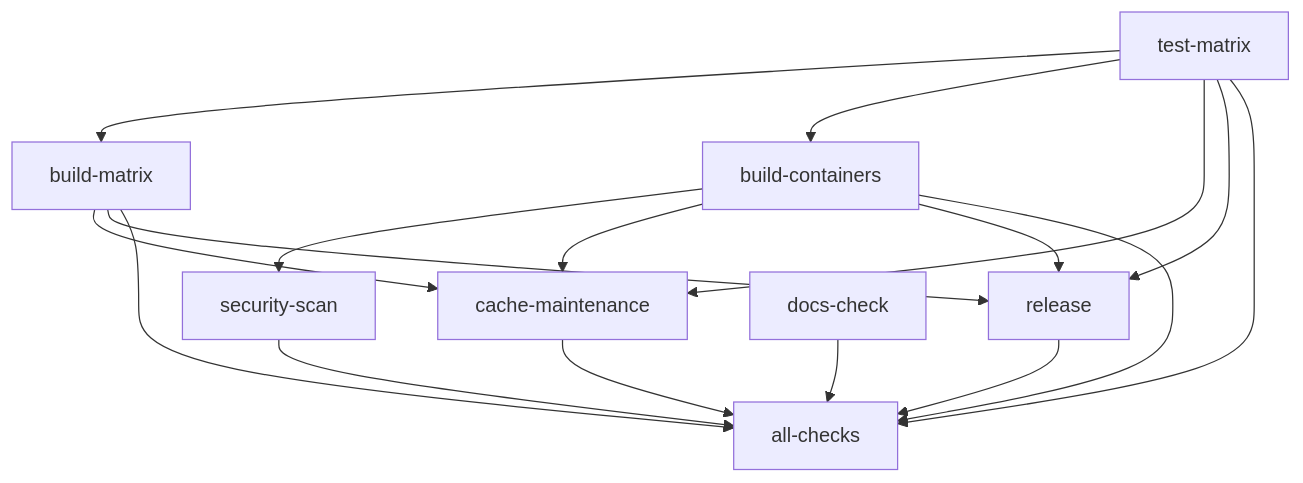
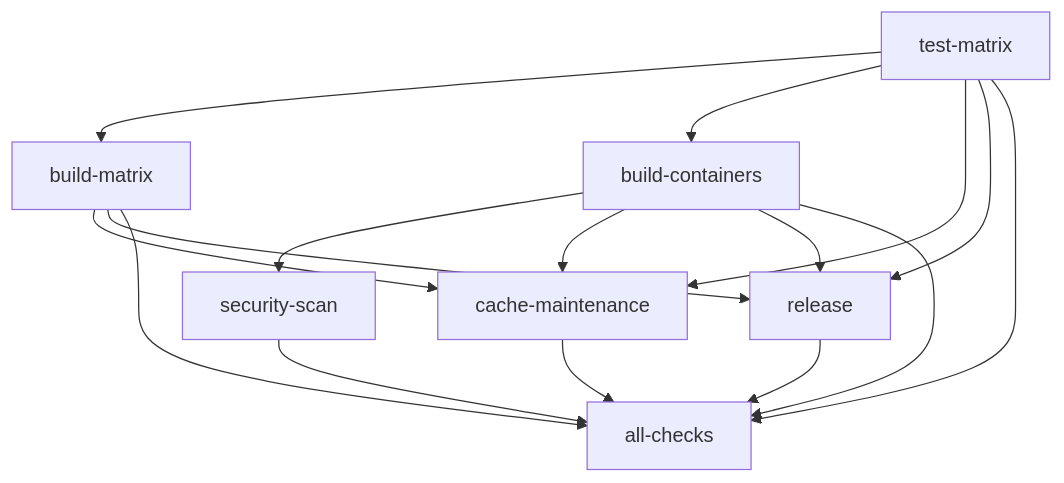
One commit to DominicBurkart/nanna-coder changed the diagram in docs/ci/architecture.md. Above: the diagram before and after it, drawn with Mermaid. The commit also changed other lines of this file and 1 other file, not shown here.

````diff
--- a/docs/ci/architecture.md
+++ b/docs/ci/architecture.md
@@ -37,19 +37,18 @@
 ```mermaid
 graph TD
     test-matrix --> build-matrix
     test-matrix --> build-containers
     build-containers --> security-scan
     test-matrix --> cache-maintenance
     build-matrix --> cache-maintenance
     build-containers --> cache-maintenance
     test-matrix --> release
     build-matrix --> release
     build-containers --> release
     test-matrix --> all-checks
     build-matrix --> all-checks
     build-containers --> all-checks
     security-scan --> all-checks
     cache-maintenance --> all-checks
     release --> all-checks
-    docs-check --> all-checks
 ```
````
